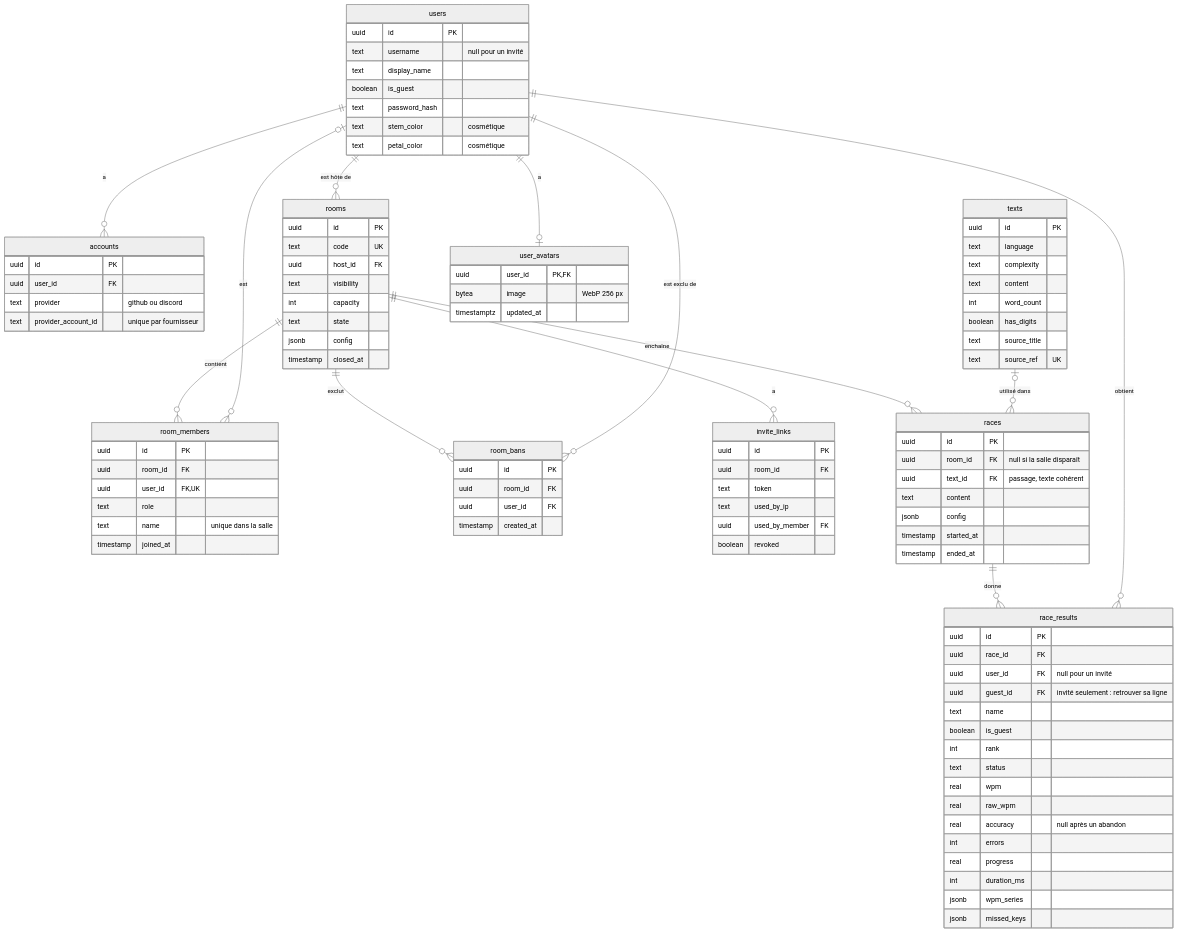
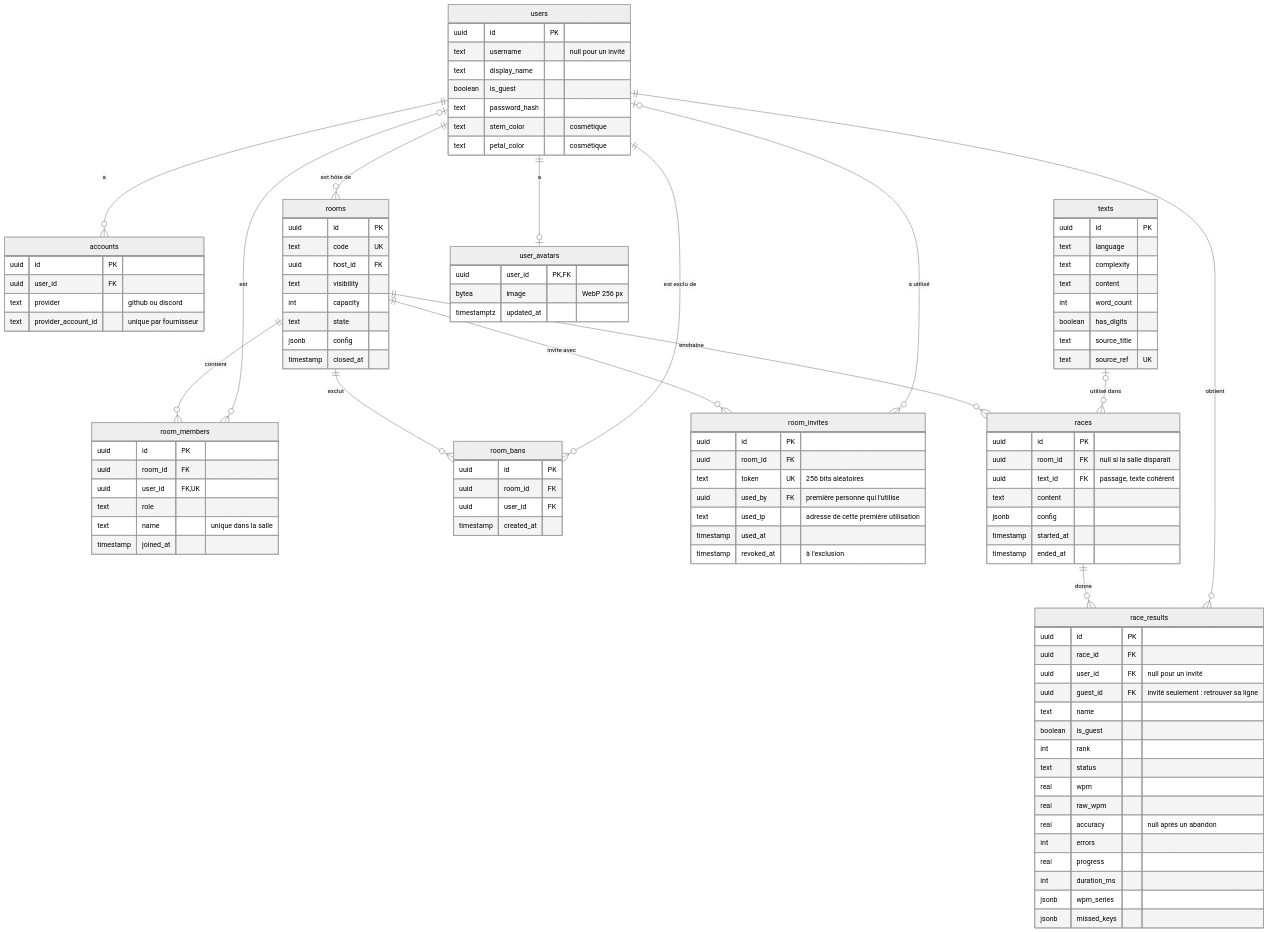
The first of 2 diagrams in docs/ARCHITECTURE.md (Onyyx256/typeracer), drawn with Mermaid (neutral theme) before and after one commit. The commit also changed other lines of this file, not shown here.

Commit message:
docs: room_invites in the data model
Replaces the planned invite_links table with the real one and explains
how a link is bound to its first user and address (SALLE-04).

```diff
--- a/docs/ARCHITECTURE.md
+++ b/docs/ARCHITECTURE.md
@@ -12,7 +12,8 @@
     users |o--o{ room_members : "est"
     rooms ||--o{ room_bans : "exclut"
     users ||--o{ room_bans : "est exclu de"
-    rooms ||--o{ invite_links : "a"
+    rooms ||--o{ room_invites : "invite avec"
+    users |o--o{ room_invites : "a utilisé"
     rooms ||--o{ races : "enchaîne"
     texts |o--o{ races : "utilisé dans"
     races ||--o{ race_results : "donne"
@@ -63,13 +64,14 @@
         uuid user_id FK
         timestamp created_at
     }
-    invite_links {
+    room_invites {
         uuid id PK
         uuid room_id FK
-        text token
-        text used_by_ip
-        uuid used_by_member FK
-        boolean revoked
+        text token UK "256 bits aléatoires"
+        uuid used_by FK "première personne qui l'utilise"
+        text used_ip "adresse de cette première utilisation"
+        timestamp used_at
+        timestamp revoked_at "à l'exclusion"
     }
     texts {
         uuid id PK
```
